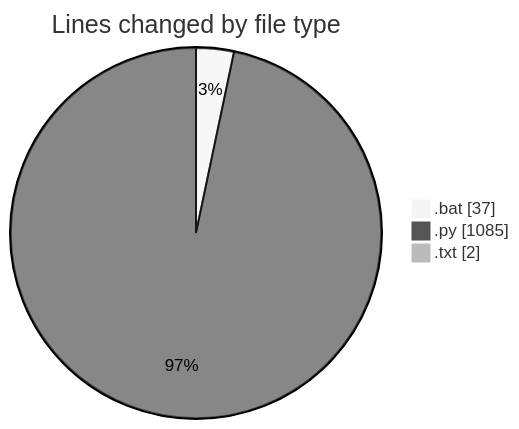
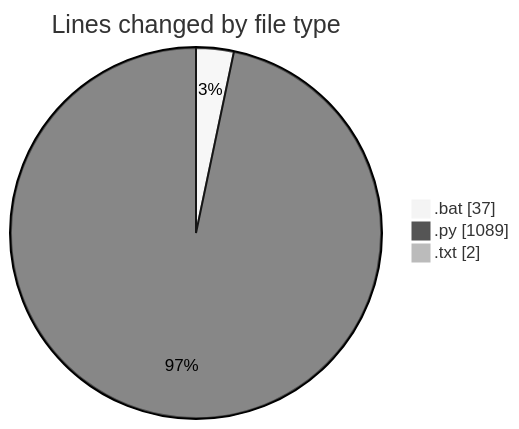
One commit to FelipKnott/code-tracking changed the first of 2 diagrams in 2025-07-04/cursor/README.md. Above: the diagram before and after it, drawn with Mermaid (neutral theme). The commit also changed other lines of this file and 1 other file, not shown here.

````diff
--- a/2025-07-04/cursor/README.md
+++ b/2025-07-04/cursor/README.md
@@ -35,7 +35,7 @@
 ```mermaid
 pie showData
 title Lines changed by file type
 ".bat" : 37
-".py" : 1085
+".py" : 1089
 ".txt" : 2
 ```
````
